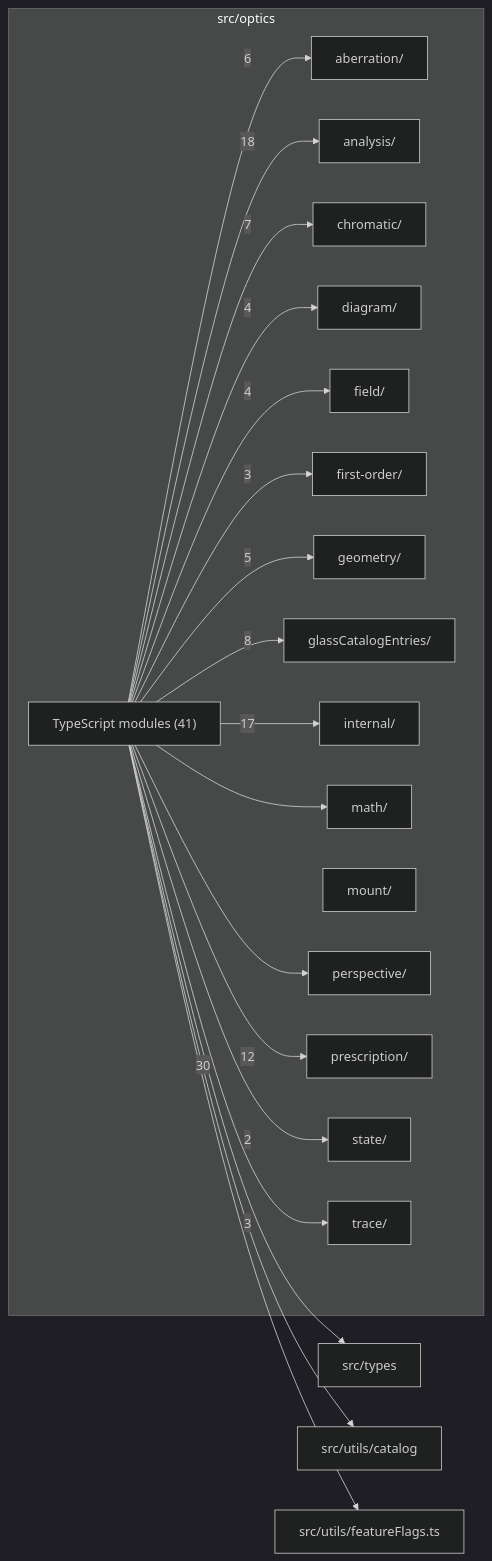
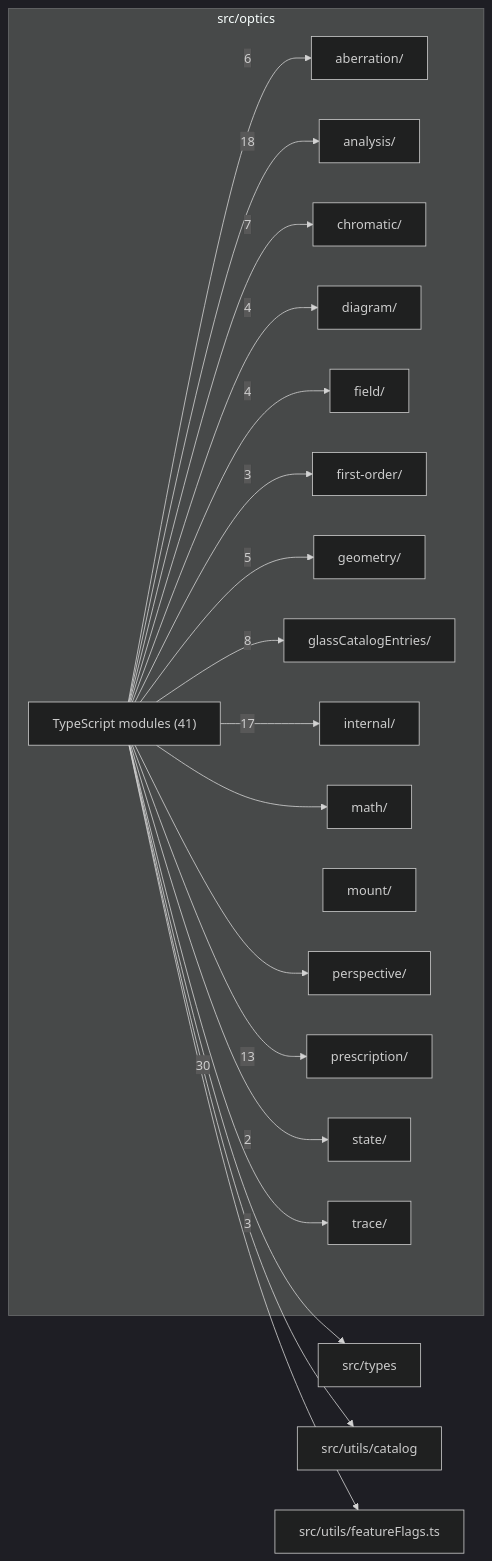
The diagram in src/optics/readme.md (ronbuening/LensVisualizer), drawn with Mermaid (dark theme) before and after one commit. The commit also changed other lines of this file and 22 other files, not shown here.

````diff
--- a/src/optics/readme.md
+++ b/src/optics/readme.md
@@ -9,41 +9,41 @@
 ```mermaid
 flowchart LR
   subgraph n_src_optics["src/optics"]
     n_src_optics_src_optics_aberration["aberration/"]
     n_src_optics_src_optics_analysis["analysis/"]
     n_src_optics_src_optics_chromatic["chromatic/"]
     n_src_optics_src_optics_diagram["diagram/"]
     n_src_optics_src_optics_field["field/"]
     n_src_optics_src_optics_first_order["first-order/"]
     n_src_optics_src_optics_geometry["geometry/"]
     n_src_optics_src_optics_glassCatalogEntries["glassCatalogEntries/"]
     n_src_optics_src_optics_internal["internal/"]
     n_src_optics_src_optics_math["math/"]
     n_src_optics_src_optics_mount["mount/"]
     n_src_optics_src_optics_perspective["perspective/"]
     n_src_optics_src_optics_prescription["prescription/"]
     n_src_optics_src_optics_state["state/"]
     n_src_optics_src_optics_trace["trace/"]
     n_src_optics_TypeScript_modules["TypeScript modules (41)"]
   end
   n_external_src_types["src/types"]
   n_external_src_utils_catalog["src/utils/catalog"]
   n_external_src_utils_featureFlags_ts["src/utils/featureFlags.ts"]
   n_src_optics_TypeScript_modules --> |30| n_external_src_types
   n_src_optics_TypeScript_modules --> |18| n_src_optics_src_optics_analysis
   n_src_optics_TypeScript_modules --> |17| n_src_optics_src_optics_internal
-  n_src_optics_TypeScript_modules --> |12| n_src_optics_src_optics_prescription
+  n_src_optics_TypeScript_modules --> |13| n_src_optics_src_optics_prescription
   n_src_optics_TypeScript_modules --> |8| n_src_optics_src_optics_glassCatalogEntries
   n_src_optics_TypeScript_modules --> |7| n_src_optics_src_optics_chromatic
   n_src_optics_TypeScript_modules --> |6| n_src_optics_src_optics_aberration
   n_src_optics_TypeScript_modules --> |5| n_src_optics_src_optics_geometry
   n_src_optics_TypeScript_modules --> |4| n_src_optics_src_optics_diagram
   n_src_optics_TypeScript_modules --> |4| n_src_optics_src_optics_field
   n_src_optics_TypeScript_modules --> |3| n_src_optics_src_optics_first_order
   n_src_optics_TypeScript_modules --> |3| n_src_optics_src_optics_trace
   n_src_optics_TypeScript_modules --> |2| n_src_optics_src_optics_state
   n_src_optics_TypeScript_modules --> n_external_src_utils_catalog
   n_src_optics_TypeScript_modules --> n_external_src_utils_featureFlags_ts
   n_src_optics_TypeScript_modules --> n_src_optics_src_optics_math
   n_src_optics_TypeScript_modules --> n_src_optics_src_optics_perspective
 ```
````
